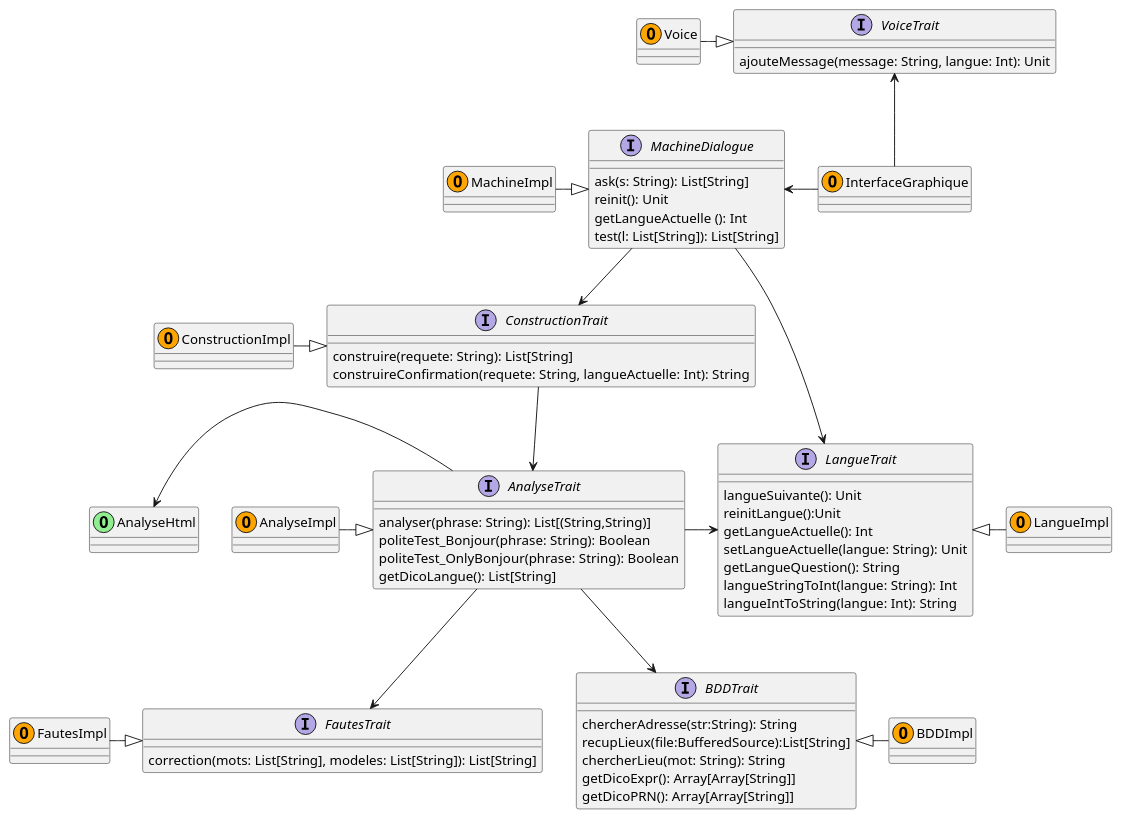
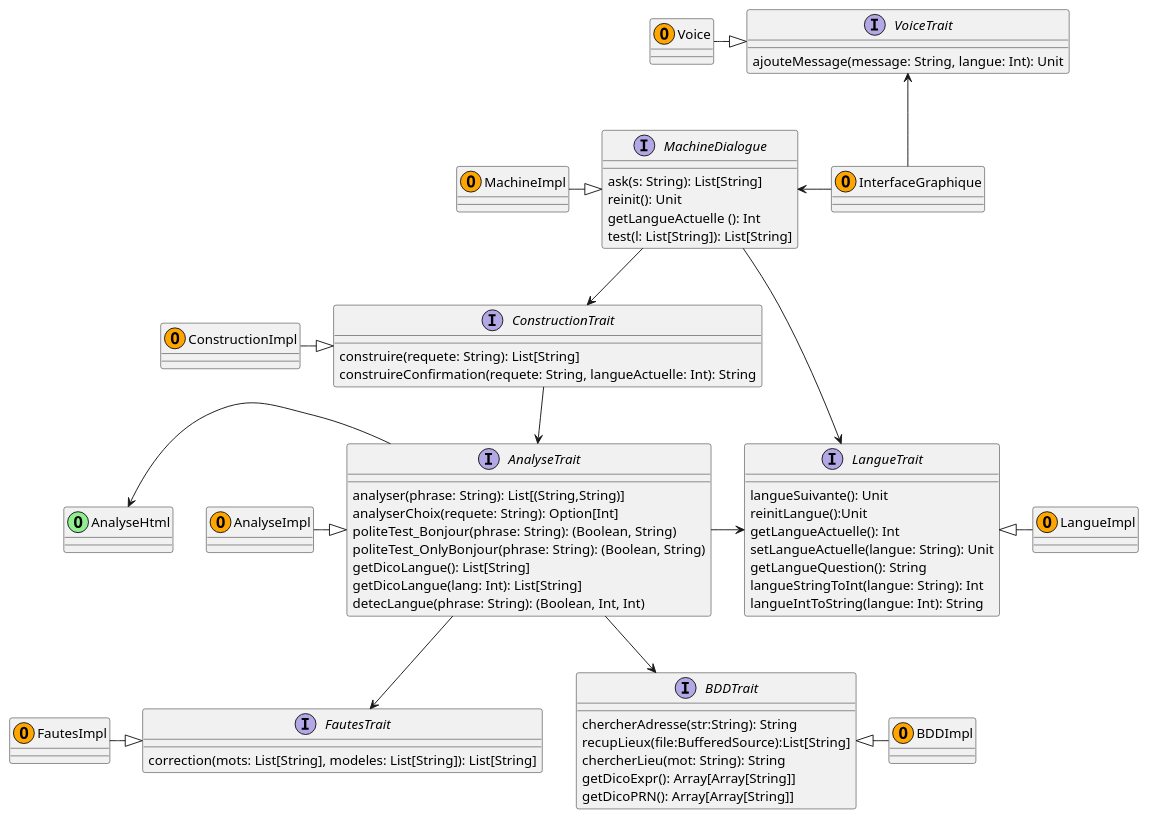
One commit to mathisglt/AvatarBacchus changed the diagram in src/main/scala/diagramme/diag_imp.plantuml. Above: the diagram before and after it, drawn with PlantUML.

Commit message:
MAJ AnalyseTrait diagramme

```diff
--- a/src/main/scala/diagramme/diag_imp.plantuml
+++ b/src/main/scala/diagramme/diag_imp.plantuml
@@ -1,85 +1,88 @@
 @startuml Avatar
 
 ' Création des interfaces
 
 interface AnalyseTrait{
 	analyser(phrase: String): List[(String,String)]
-	politeTest_Bonjour(phrase: String): Boolean
-	politeTest_OnlyBonjour(phrase: String): Boolean
+	analyserChoix(requete: String): Option[Int]
+	politeTest_Bonjour(phrase: String): (Boolean, String)
+	politeTest_OnlyBonjour(phrase: String): (Boolean, String)
 	getDicoLangue(): List[String]
+	getDicoLangue(lang: Int): List[String]
+	detecLangue(phrase: String): (Boolean, Int, Int)
 }
 
 interface BDDTrait{
 	chercherAdresse(str:String): String
 	recupLieux(file:BufferedSource):List[String]
 	chercherLieu(mot: String): String
 	getDicoExpr(): Array[Array[String]]
 	getDicoPRN(): Array[Array[String]]
 }
 
 interface ConstructionTrait{
 	construire(requete: String): List[String]
 	construireConfirmation(requete: String, langueActuelle: Int): String
 }
 
 interface LangueTrait{
 	langueSuivante(): Unit
 	reinitLangue():Unit
  	getLangueActuelle(): Int
   	setLangueActuelle(langue: String): Unit
   	getLangueQuestion(): String
   	langueStringToInt(langue: String): Int
 	langueIntToString(langue: Int): String
 }
 
 interface MachineDialogue {
 	ask(s: String): List[String]
 	reinit(): Unit
 	getLangueActuelle (): Int 
 	test(l: List[String]): List[String]
 }
 
 interface FautesTrait{
 	correction(mots: List[String], modeles: List[String]): List[String]
 }
 
 interface VoiceTrait{
 	ajouteMessage(message: String, langue: Int): Unit
 }
 
 
 ' Création des objects
 
 ' Objet issu du projet Robot Web 
 class AnalyseHtml <<(O,LightGreen)>> 
 
 class AnalyseImpl <<(O,Orange)>>
 class BDDImpl <<(O,Orange)>>
 class ConstructionImpl <<(O,Orange)>>
 class InterfaceGraphique <<(O,Orange)>>
 class LangueImpl <<(O,Orange)>>
 class MachineImpl <<(O,Orange)>>
 class FautesImpl <<(O,Orange)>>
 class Voice <<(O,Orange)>>
 
 ' Relations d'héritage
 MachineImpl -|> MachineDialogue
 BDDTrait <|-  BDDImpl
 ConstructionImpl -|>  ConstructionTrait
 AnalyseImpl -|>  AnalyseTrait
 FautesImpl -|> FautesTrait
 LangueTrait <|-  LangueImpl
 Voice -|> VoiceTrait
 
 ' Relations d'utilisation
 MachineDialogue --> ConstructionTrait
 MachineDialogue <- InterfaceGraphique
 VoiceTrait <-- InterfaceGraphique
 ConstructionTrait --> AnalyseTrait
 AnalyseTrait -> LangueTrait
 AnalyseTrait --> FautesTrait
 AnalyseTrait --> BDDTrait
 AnalyseHtml <- AnalyseTrait
 MachineDialogue --> LangueTrait
 
 @enduml
```
